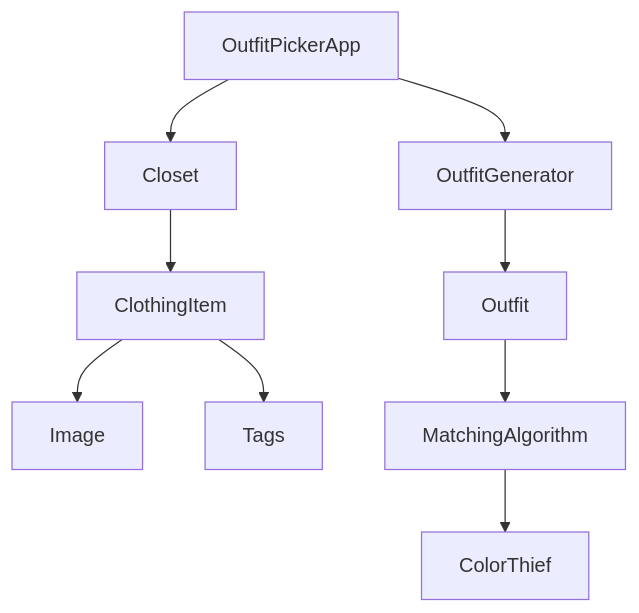
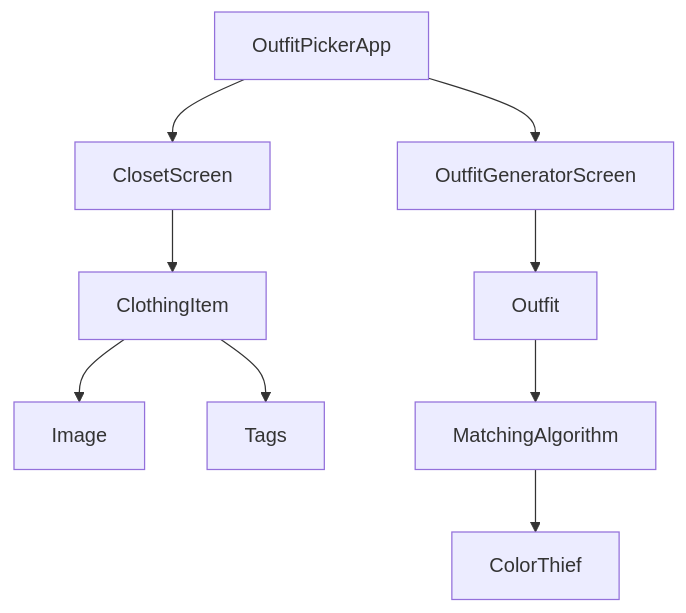
One commit to NNewbauer/3300OutfitPicker changed the second of 3 diagrams in README.md. Above: the diagram before and after it, drawn with Mermaid. The commit also changed other lines of this file, not shown here.

````diff
--- a/README.md
+++ b/README.md
@@ -130,11 +98,11 @@
 ```mermaid
 flowchart TD
-	OutfitPickerApp --> Closet
-	OutfitPickerApp --> OutfitGenerator
-	Closet --> ClothingItem
-	OutfitGenerator --> Outfit
-	ClothingItem --> Image
-	ClothingItem --> Tags
-	Outfit --> MatchingAlgorithm
-	MatchingAlgorithm --> ColorThief
+    OutfitPickerApp --> ClosetScreen
+    OutfitPickerApp --> OutfitGeneratorScreen
+    ClosetScreen --> ClothingItem
+    OutfitGeneratorScreen --> Outfit
+    ClothingItem --> Image
+    ClothingItem --> Tags
+    Outfit --> MatchingAlgorithm
+    MatchingAlgorithm --> ColorThief
 ```
````
